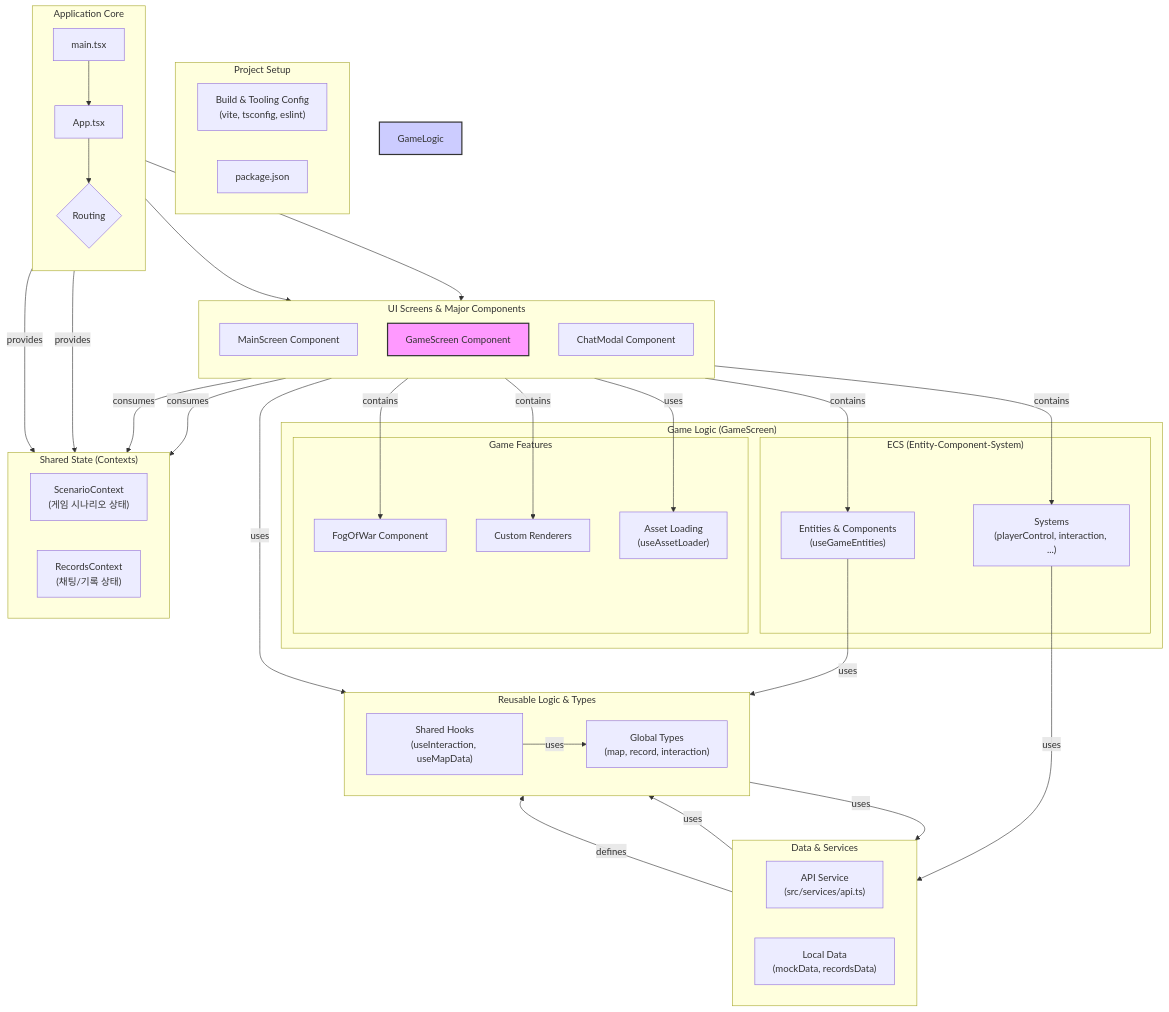
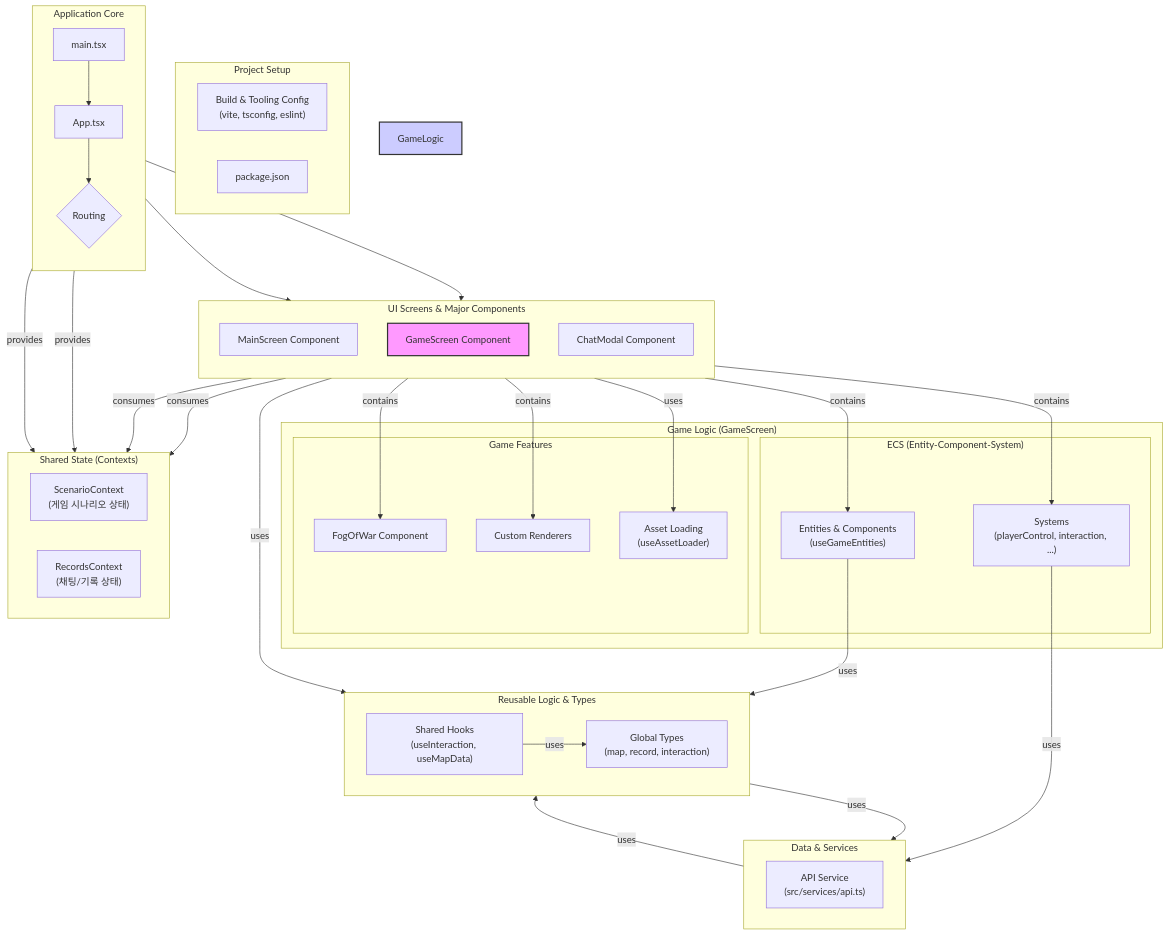
Before and after one commit to Apptive-Game-Team/MaechuriClient: the diagram in docs/ARCHITECTURE.md, drawn with Mermaid. The commit also changed 10 other files, not shown here.

Commit message:
feat: Transition from mock data to API for map data loading and enhance error handling

````diff
--- a/docs/ARCHITECTURE.md
+++ b/docs/ARCHITECTURE.md
@@ -1,79 +1,77 @@
 ```mermaid
 graph TD
     subgraph "Project Setup"
         direction LR
         Config["Build & Tooling Config<br/>(vite, tsconfig, eslint)"]
         Package[package.json]
     end
 
     subgraph "Application Core"
         direction TB
         EntryPoint[main.tsx] --> App[App.tsx]
         App --> Router{"Routing"}
     end
 
     subgraph "UI Screens & Major Components"
         direction TB
         MainScreen[MainScreen Component]
         GameScreen[GameScreen Component]
         ChatModal[ChatModal Component]
     end
     
     Router --> MainScreen
     Router --> GameScreen
 
     subgraph "Game Logic (GameScreen)"
         subgraph "ECS (Entity-Component-System)"
             GameSystems["Systems<br/>(playerControl, interaction, ...)"]
             GameEntities["Entities & Components<br/>(useGameEntities)"]
         end
         subgraph "Game Features"
             FogOfWar[FogOfWar Component]
             Renderers[Custom Renderers]
             AssetLoader["Asset Loading<br/>(useAssetLoader)"]
         end
     end
     
     GameScreen -- contains --> GameSystems
     GameScreen -- contains --> GameEntities
     GameScreen -- contains --> FogOfWar
     GameScreen -- contains --> Renderers
     GameScreen -- uses --> AssetLoader
 
     subgraph "Shared State (Contexts)"
         direction LR
         ScenarioContext["ScenarioContext<br/>(게임 시나리오 상태)"]
         RecordsContext["RecordsContext<br/>(채팅/기록 상태)"]
     end
 
     subgraph "Data & Services"
         direction LR
         APIService["API Service<br/>(src/services/api.ts)"]
-        MockData["Local Data<br/>(mockData, recordsData)"]
     end
 
     subgraph "Reusable Logic & Types"
         direction LR
         SharedHooks["Shared Hooks<br/>(useInteraction, useMapData)"]
         TS_Types["Global Types<br/>(map, record, interaction)"]
     end
 
     %% --- Relationships ---
     App -- provides --> ScenarioContext
     App -- provides --> RecordsContext
 
     GameScreen -- consumes --> ScenarioContext
     GameScreen -- uses --> SharedHooks
     ChatModal -- consumes --> RecordsContext
     
     SharedHooks -- uses --> APIService
     GameSystems -- uses --> APIService
     
     APIService -- uses --> TS_Types
     GameEntities -- uses --> TS_Types
     SharedHooks -- uses --> TS_Types
-    MockData -- defines --> TS_Types
-
+    
     style GameScreen fill:#f9f,stroke:#333,stroke-width:2px
     style GameLogic fill:#ccf,stroke:#333,stroke-width:2px
 ```
````
